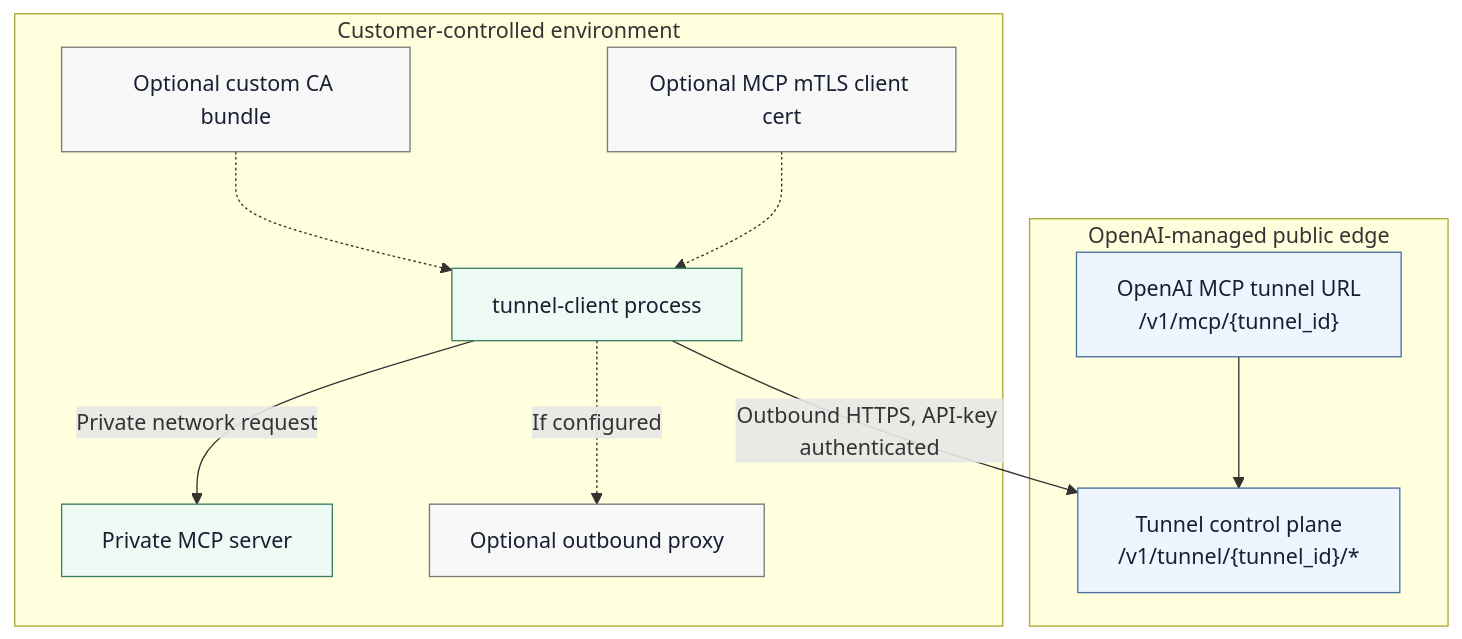
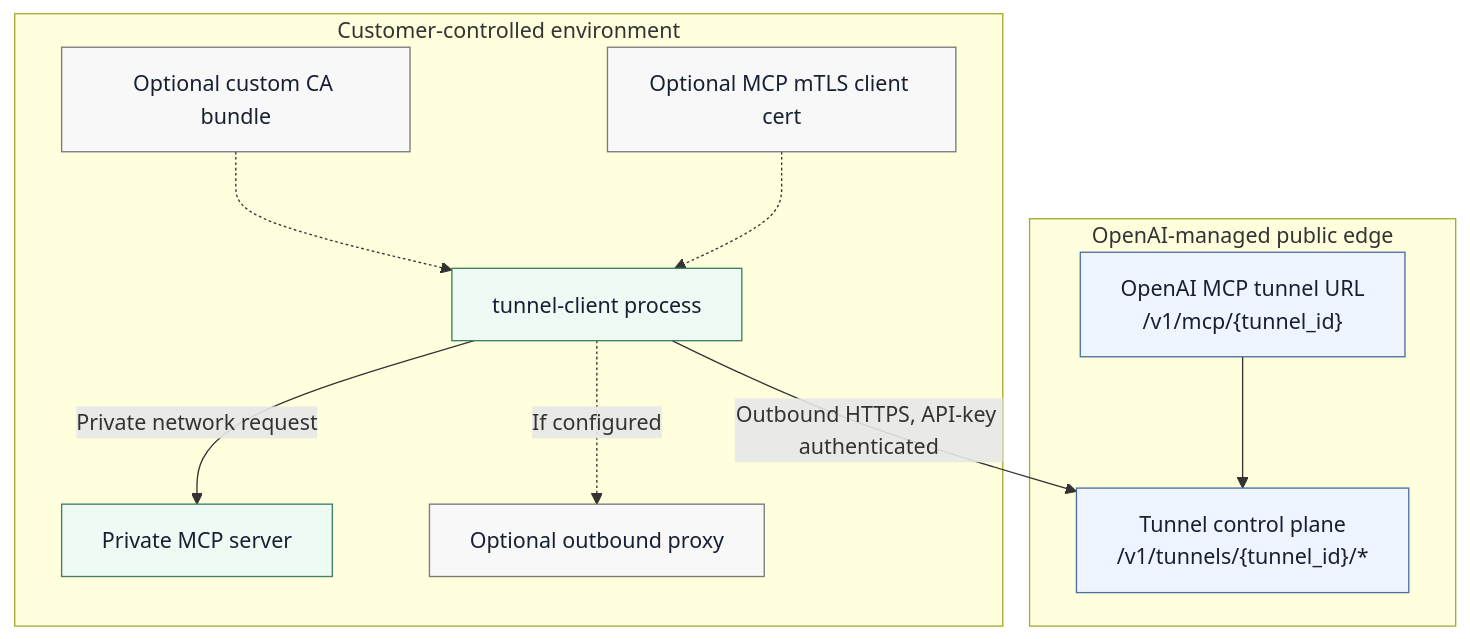
Before and after one commit to fork-the-planet/openai___tunnel-client: the third of 4 diagrams in docs/architecture.md, drawn with Mermaid. The commit also changed other lines of this file and 15 other files, not shown here.

````diff
--- a/docs/architecture.md
+++ b/docs/architecture.md
@@ -85,29 +85,29 @@
 ```mermaid
 flowchart TB
   subgraph internet["OpenAI-managed public edge"]
     edge["OpenAI MCP tunnel URL<br/>/v1/mcp/{tunnel_id}"]
-    control["Tunnel control plane<br/>/v1/tunnel/{tunnel_id}/*"]
+    control["Tunnel control plane<br/>/v1/tunnels/{tunnel_id}/*"]
   end
 
   subgraph private["Customer-controlled environment"]
     client["tunnel-client process"]
     mcp["Private MCP server"]
     proxy["Optional outbound proxy"]
     ca["Optional custom CA bundle"]
     mtls["Optional MCP mTLS client cert"]
   end
 
   edge --> control
   client -->|"Outbound HTTPS, API-key authenticated"| control
   client -->|"Private network request"| mcp
   client -.->|"If configured"| proxy
   ca -.-> client
   mtls -.-> client
 
   classDef public fill:#eef5ff,stroke:#4a6fa5,color:#172033
   classDef privateNode fill:#eefaf4,stroke:#3f7f5f,color:#172033
   classDef option fill:#f8f8f8,stroke:#7a7a7a,color:#172033
   class edge,control public
   class client,mcp privateNode
   class proxy,ca,mtls option
 ```
````
